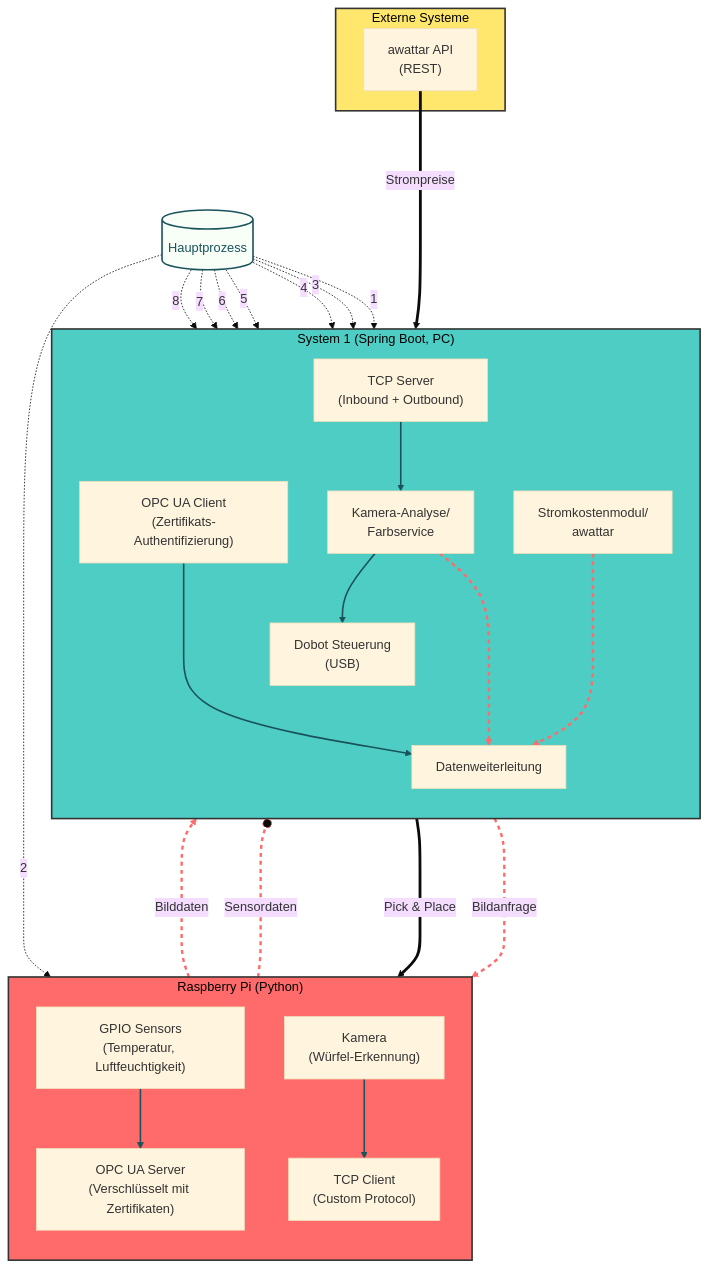
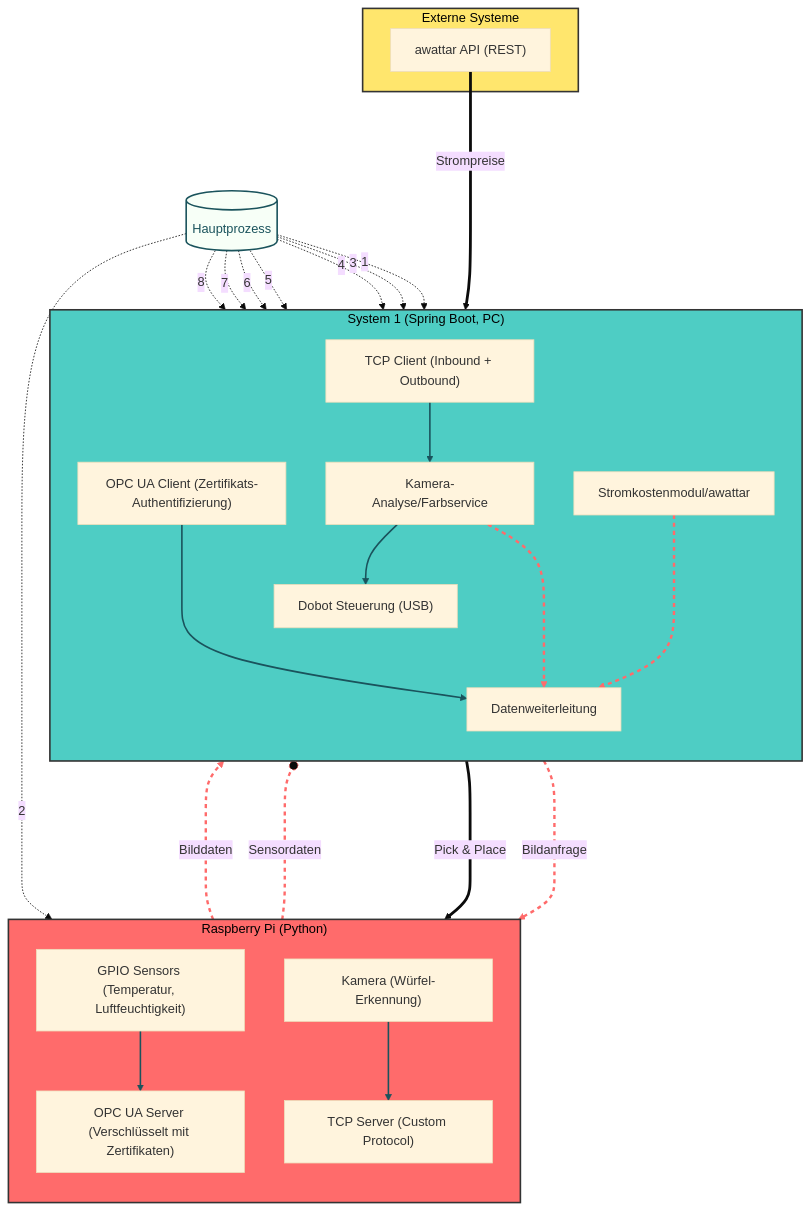
Before and after one commit to MEscape/die-macher: the first of 3 diagrams in docs/02_Systemarchitektur.md, drawn with Mermaid (base theme). The commit also changed other lines of this file and 13 other files, not shown here.

````diff
--- a/docs/02_Systemarchitektur.md
+++ b/docs/02_Systemarchitektur.md
@@ -12,67 +12,67 @@
 ```mermaid
 flowchart TD
     %% Verbesserte Ausrichtung und Gruppierung
     subgraph RPI["Raspberry Pi (Python)"]
         direction TB
-        GPIO["GPIO Sensors\n(Temperatur, Luftfeuchtigkeit)"]
-        OPC_S["OPC UA Server\n(Verschlüsselt mit Zertifikaten)"]
-        CAM["Kamera\n(Würfel-Erkennung)"]
-        TCP_C["TCP Client\n(Custom Protocol)"]
+        GPIO["GPIO Sensors (Temperatur, Luftfeuchtigkeit)"]
+        OPC_S["OPC UA Server (Verschlüsselt mit Zertifikaten)"]
+        CAM["Kamera (Würfel-Erkennung)"]
+        TCP_C["TCP Server (Custom Protocol)"]
 
         GPIO --> OPC_S
         CAM --> TCP_C
     end
 
     subgraph SB["System 1 (Spring Boot, PC)"]
         direction TB
-        OPC_C["OPC UA Client\n(Zertifikats-Authentifizierung)"]
-        TCP_S["TCP Server\n(Inbound + Outbound)"]
-        IMG_A["Kamera-Analyse/\nFarbservice"]
-        DOBOT["Dobot Steuerung\n(USB)"]
-        AWATTAR["Stromkostenmodul/\nawattar"]
+        OPC_C["OPC UA Client (Zertifikats-Authentifizierung)"]
+        TCP_S["TCP Client (Inbound + Outbound)"]
+        IMG_A["Kamera-Analyse/Farbservice"]
+        DOBOT["Dobot Steuerung (USB)"]
+        AWATTAR["Stromkostenmodul/awattar"]
         FWD["Datenweiterleitung"]
 
         TCP_S --> IMG_A
         IMG_A --> DOBOT
         OPC_C ---> FWD
         IMG_A ---> FWD
         AWATTAR ---> FWD
     end
 
     subgraph EXT["Externe Systeme"]
-        AWAT_API["awattar API\n(REST)"]
+        AWAT_API["awattar API (REST)"]
     end
 
     %% Verbesserte Verbindungen mit höherem Kontrast
     OPC_S ===o|"Sensordaten"| OPC_C
     TCP_C ====>|"Bilddaten"| TCP_S
     TCP_S ====>|"Bildanfrage"| TCP_C
     AWAT_API ====>|"Strompreise"| AWATTAR
     DOBOT ====>|"Pick & Place"| CAM
 
     %% Main Flow mit deutlicherer Darstellung
     MF[("Hauptprozess")]:::flow
     MF -.->|1| DOBOT
     MF -.->|2| CAM
     MF -.->|3| TCP_S
     MF -.->|4| IMG_A
     MF -.->|5| DOBOT
     MF -.->|6| OPC_C
     MF -.->|7| AWATTAR
     MF -.->|8| FWD
 
     %% Deutlich unterscheidbare Farben
     classDef raspberry fill:#FF6B6B,stroke:#333,stroke-width:2px,color:black
     classDef springboot fill:#4ECDC4,stroke:#333,stroke-width:2px,color:black
     classDef external fill:#FFE66D,stroke:#333,stroke-width:2px,color:black
     classDef flow fill:#F7FFF7,stroke:#1A535C,stroke-width:2px,color:#1A535C
 
     %% Verbindungen mit besserem Kontrast
     linkStyle 0,1,2,3,4 stroke:#1A535C,stroke-width:2px
     linkStyle 5,6,7,8,9 stroke:#FF6B6B,stroke-width:3px,stroke-dasharray: 5 5
     
     class RPI raspberry
     class SB springboot
     class EXT external
     class MF flow
 ```
````
